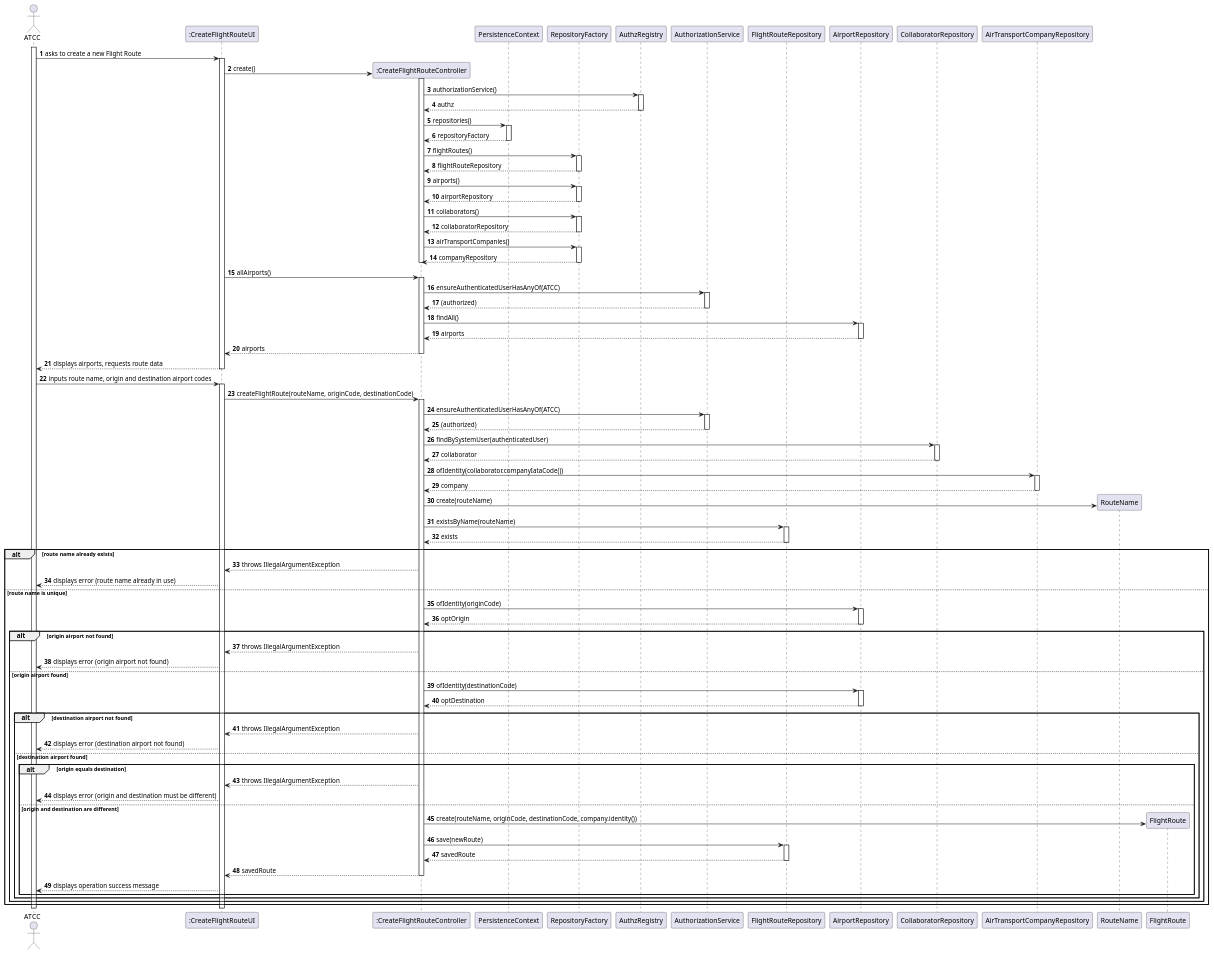
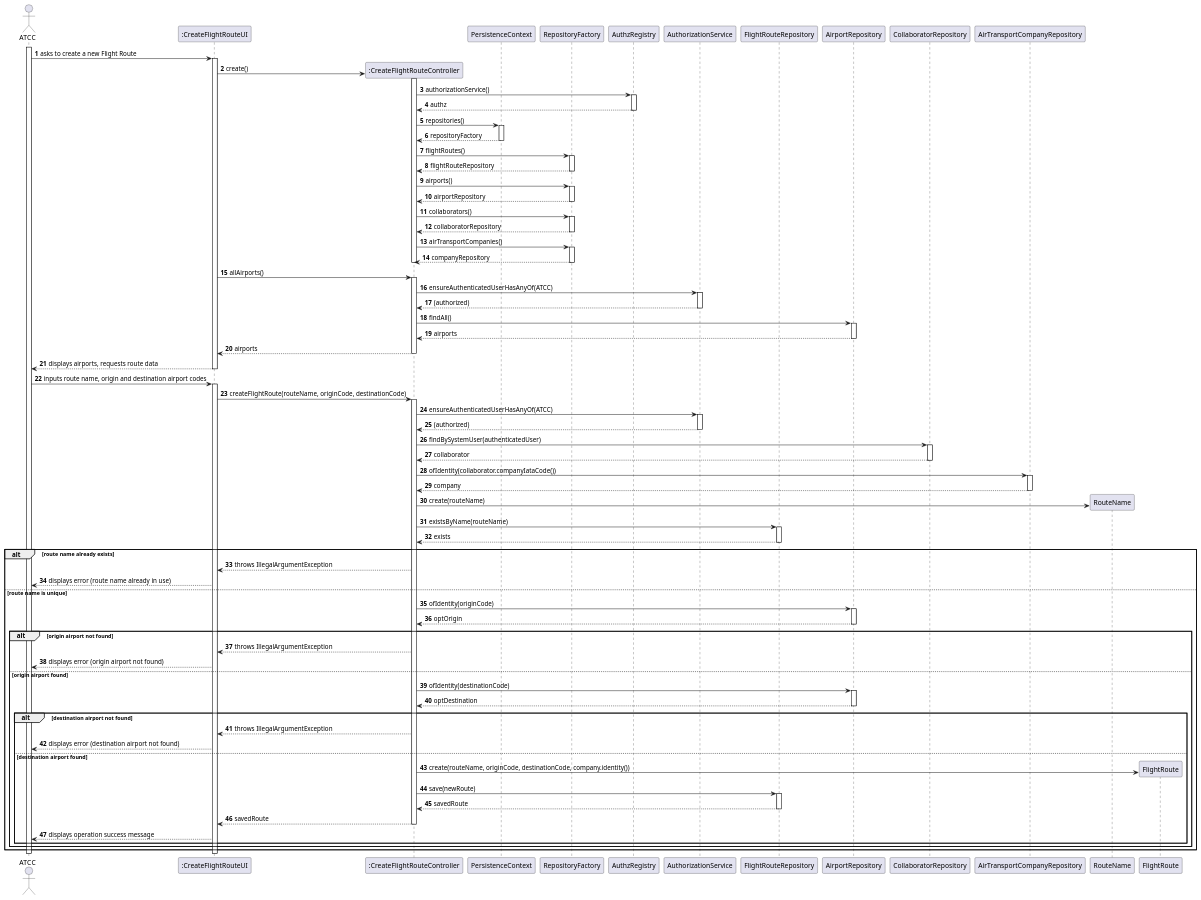
The diagram in aisafe.base/docs/user-stories/us073/puml/US073-SD.puml (brunodspinto/aisafe), drawn with PlantUML before and after one commit. The commit also changed 6 other files, not shown here.

Commit message:
US073 - update class diagram, sequence diagram, and README; add integration tests for flight route creation, #51

```diff
--- a/aisafe.base/docs/user-stories/us073/puml/US073-SD.puml
+++ b/aisafe.base/docs/user-stories/us073/puml/US073-SD.puml
@@ -1,145 +1,139 @@
 @startuml sd073
 skinparam packageStyle rectangle
 skinparam shadowing false
 autonumber
 
 actor "ATCC" as ATCC
 participant ":CreateFlightRouteUI" as UI
 participant ":CreateFlightRouteController" as CTRL
 participant "PersistenceContext" as PC
 participant "RepositoryFactory" as FACT
 participant "AuthzRegistry" as AUTHZR
 participant "AuthorizationService" as AUTHZ
 participant "FlightRouteRepository" as ROUTE_REPO
 participant "AirportRepository" as AIRPORT_REPO
 participant "CollaboratorRepository" as COLLAB_REPO
 participant "AirTransportCompanyRepository" as COMPANY_REPO
 participant "RouteName" as RNAME
 participant "FlightRoute" as ROUTE
 
 activate ATCC
 
 ATCC -> UI : asks to create a new Flight Route
 activate UI
 
 UI -> CTRL** : create()
 activate CTRL
 CTRL -> AUTHZR : authorizationService()
 activate AUTHZR
 AUTHZR --> CTRL : authz
 deactivate AUTHZR
 CTRL -> PC : repositories()
 activate PC
 PC --> CTRL : repositoryFactory
 deactivate PC
 CTRL -> FACT : flightRoutes()
 activate FACT
 FACT --> CTRL : flightRouteRepository
 deactivate FACT
 CTRL -> FACT : airports()
 activate FACT
 FACT --> CTRL : airportRepository
 deactivate FACT
 CTRL -> FACT : collaborators()
 activate FACT
 FACT --> CTRL : collaboratorRepository
 deactivate FACT
 CTRL -> FACT : airTransportCompanies()
 activate FACT
 FACT --> CTRL : companyRepository
 deactivate FACT
 deactivate CTRL
 
 UI -> CTRL : allAirports()
 activate CTRL
 CTRL -> AUTHZ : ensureAuthenticatedUserHasAnyOf(ATCC)
 activate AUTHZ
 AUTHZ --> CTRL : (authorized)
 deactivate AUTHZ
 CTRL -> AIRPORT_REPO : findAll()
 activate AIRPORT_REPO
 AIRPORT_REPO --> CTRL : airports
 deactivate AIRPORT_REPO
 CTRL --> UI : airports
 deactivate CTRL
 
 UI --> ATCC : displays airports, requests route data
 deactivate UI
 
 ATCC -> UI : inputs route name, origin and destination airport codes
 activate UI
 
 UI -> CTRL : createFlightRoute(routeName, originCode, destinationCode)
 activate CTRL
 
 CTRL -> AUTHZ : ensureAuthenticatedUserHasAnyOf(ATCC)
 activate AUTHZ
 AUTHZ --> CTRL : (authorized)
 deactivate AUTHZ
 
 CTRL -> COLLAB_REPO : findBySystemUser(authenticatedUser)
 activate COLLAB_REPO
 COLLAB_REPO --> CTRL : collaborator
 deactivate COLLAB_REPO
 
 CTRL -> COMPANY_REPO : ofIdentity(collaborator.companyIataCode())
 activate COMPANY_REPO
 COMPANY_REPO --> CTRL : company
 deactivate COMPANY_REPO
 
 CTRL -> RNAME** : create(routeName)
 
 CTRL -> ROUTE_REPO : existsByName(routeName)
 activate ROUTE_REPO
 ROUTE_REPO --> CTRL : exists
 deactivate ROUTE_REPO
 
 alt route name already exists
     CTRL --> UI : throws IllegalArgumentException
     UI --> ATCC : displays error (route name already in use)
 else route name is unique
 
     CTRL -> AIRPORT_REPO : ofIdentity(originCode)
     activate AIRPORT_REPO
     AIRPORT_REPO --> CTRL : optOrigin
     deactivate AIRPORT_REPO
 
     alt origin airport not found
         CTRL --> UI : throws IllegalArgumentException
         UI --> ATCC : displays error (origin airport not found)
     else origin airport found
 
         CTRL -> AIRPORT_REPO : ofIdentity(destinationCode)
         activate AIRPORT_REPO
         AIRPORT_REPO --> CTRL : optDestination
         deactivate AIRPORT_REPO
 
         alt destination airport not found
             CTRL --> UI : throws IllegalArgumentException
             UI --> ATCC : displays error (destination airport not found)
         else destination airport found
 
-            alt origin equals destination
-                CTRL --> UI : throws IllegalArgumentException
-                UI --> ATCC : displays error (origin and destination must be different)
-            else origin and destination are different
+            CTRL -> ROUTE** : create(routeName, originCode, destinationCode, company.identity())
 
-                CTRL -> ROUTE** : create(routeName, originCode, destinationCode, company.identity())
+            CTRL -> ROUTE_REPO : save(newRoute)
+            activate ROUTE_REPO
+            ROUTE_REPO --> CTRL : savedRoute
+            deactivate ROUTE_REPO
 
-                CTRL -> ROUTE_REPO : save(newRoute)
-                activate ROUTE_REPO
-                ROUTE_REPO --> CTRL : savedRoute
-                deactivate ROUTE_REPO
+            CTRL --> UI : savedRoute
+            deactivate CTRL
 
-                CTRL --> UI : savedRoute
-                deactivate CTRL
-
-                UI --> ATCC : displays operation success message
-            end
+            UI --> ATCC : displays operation success message
         end
     end
 end
 deactivate UI
 deactivate ATCC
 
 @enduml
```
